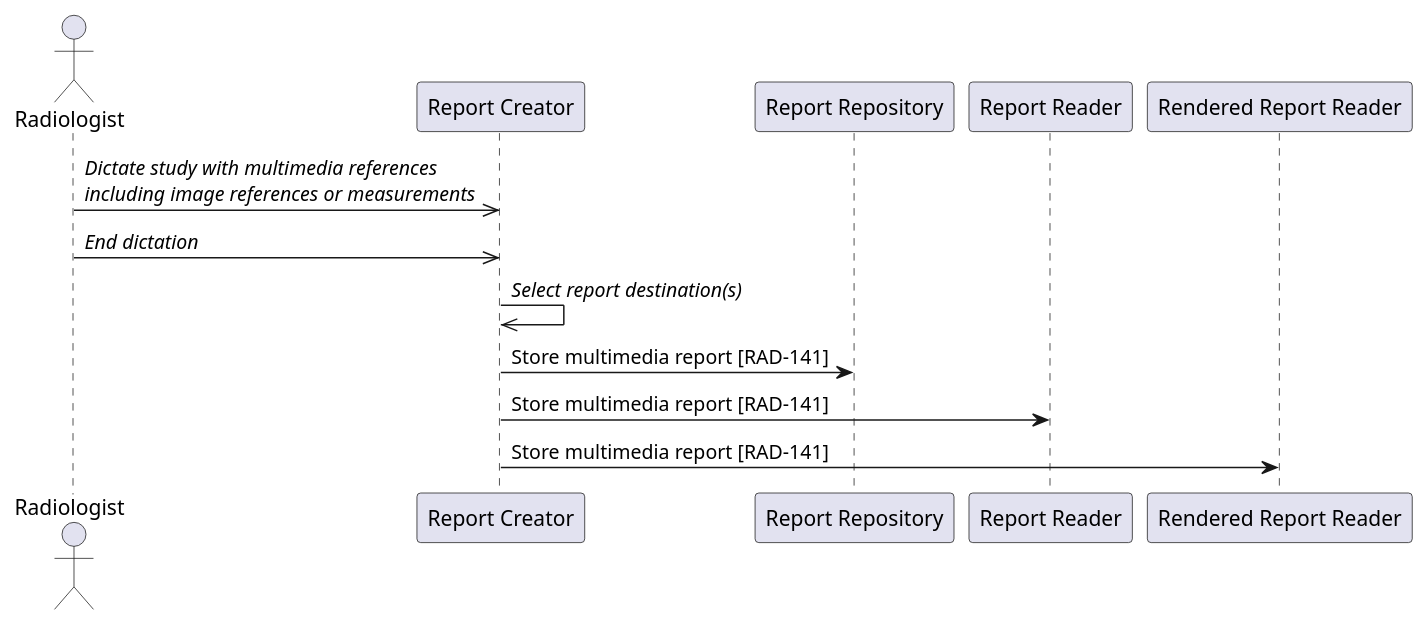
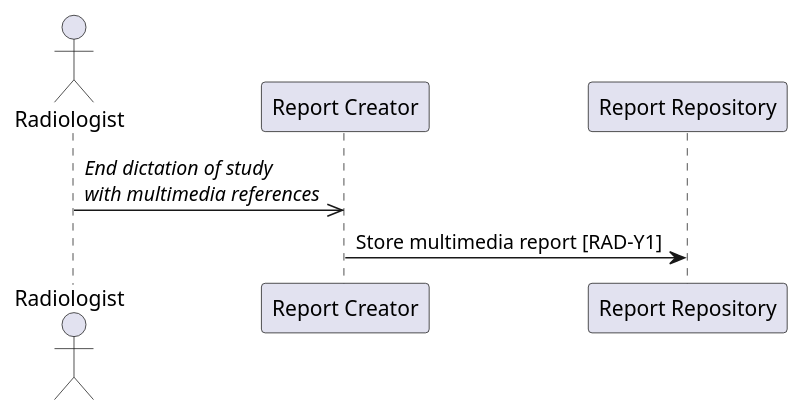
One commit to IHE/RAD.IMR changed the diagram in input/images-source/uc1-authoring-report.plantuml. Above: the diagram before and after it, drawn with PlantUML. The commit also changed 1 other file, not shown here.

Commit message:
Merged UC1 and UC3 diagrams.

```diff
--- a/input/images-source/uc1-authoring-report.plantuml
+++ b/input/images-source/uc1-authoring-report.plantuml
@@ -1,19 +1,12 @@
 @startuml
 
 actor "Radiologist" as Rad
 
 participant "Report Creator" as RCreator
 participant "Report Repository" as Repo
-participant "Report Reader" as Reader
-participant "Rendered Report Reader" as RenderedReader
 
-Rad->>RCreator: //Dictate study with multimedia references//\n//including image references or measurements//
-Rad->>RCreator: //End dictation//
+Rad->>RCreator: //End dictation of study//\n//with multimedia references//
 
-RCreator->>RCreator: //Select report destination(s)//
-RCreator->Repo: Store multimedia report [RAD-141]
-RCreator->Reader: Store multimedia report [RAD-141]
-RCreator->RenderedReader: Store multimedia report [RAD-141]
-
+RCreator->Repo: Store multimedia report [RAD-Y1]
 
 @enduml
```
